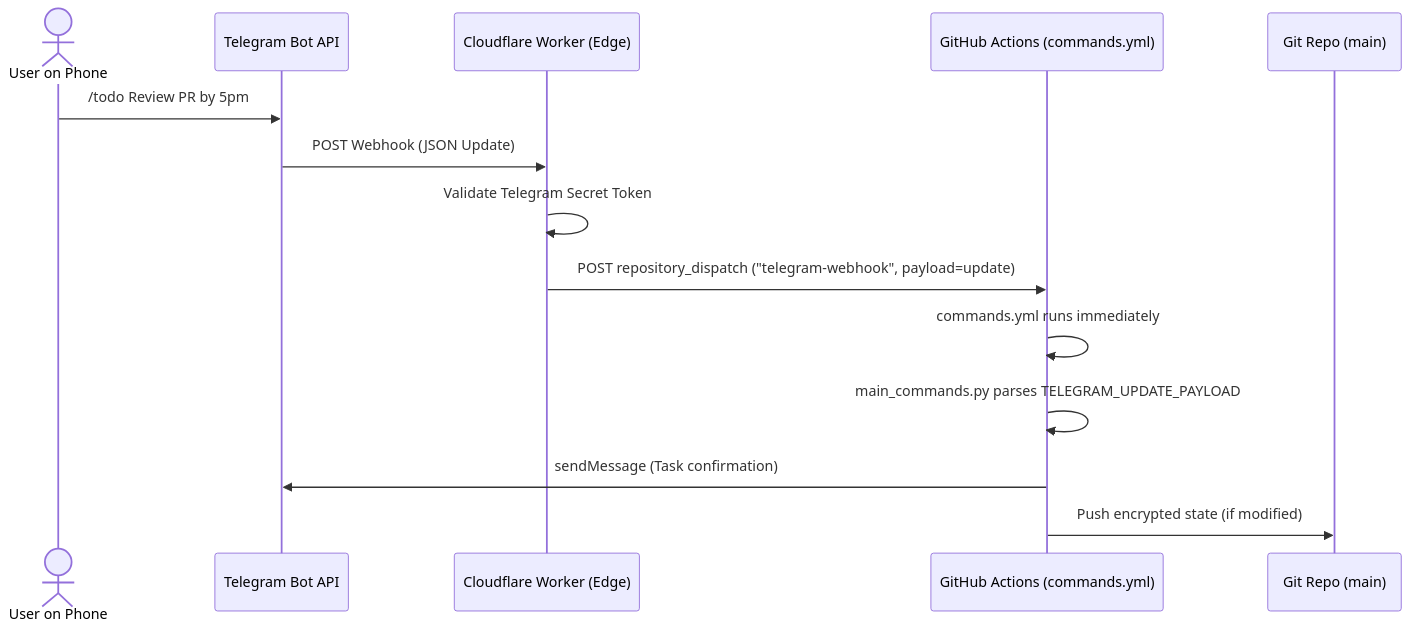
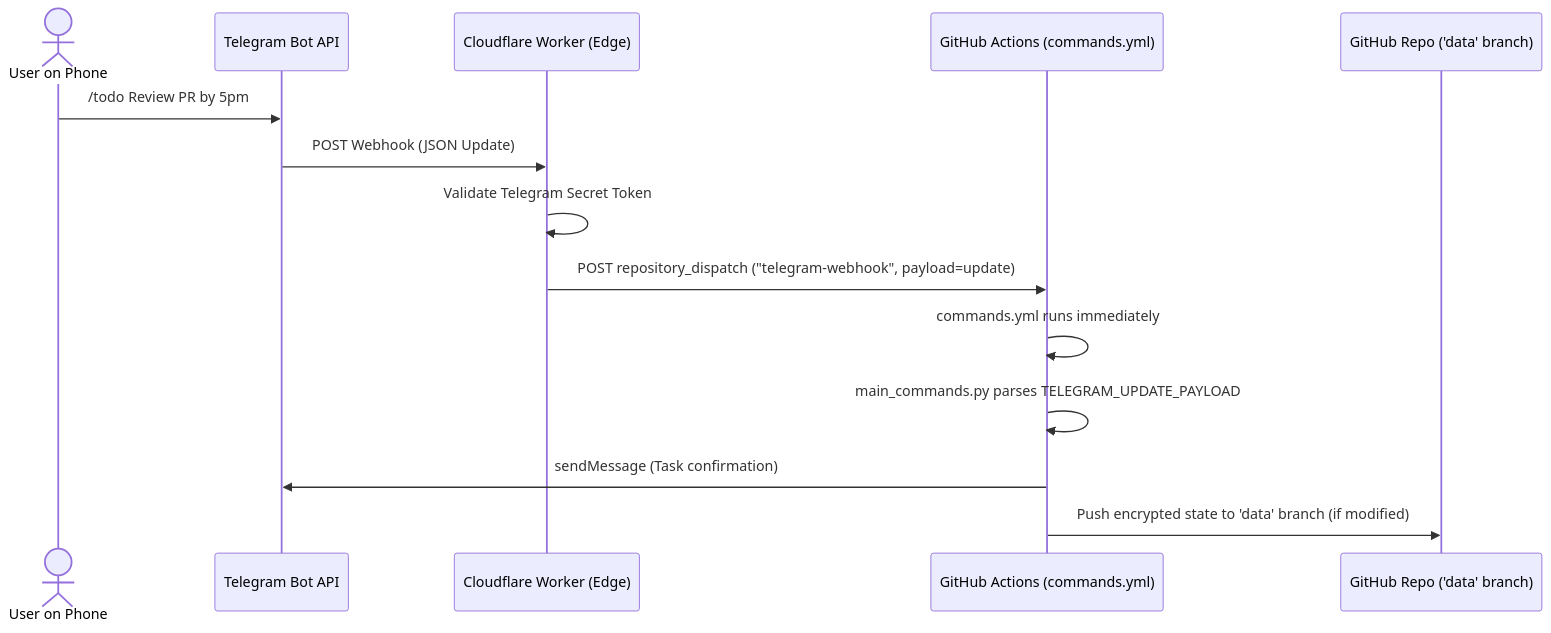
Before and after one commit to joydeepd900/RemNewz: the second of 3 diagrams in Project Docs/Architecture.md, drawn with Mermaid. The commit also changed other lines of this file and 2 other files, not shown here.

Commit message:
fix: align commit target with data branch, include plaintext db in cleanup guide, and enforce strict star threshold

````diff
--- a/Project Docs/Architecture.md
+++ b/Project Docs/Architecture.md
@@ -195,17 +195,17 @@
 ```mermaid
 sequenceDiagram
     actor User as User on Phone
     participant TG as Telegram Bot API
     participant CF as Cloudflare Worker (Edge)
     participant GH as GitHub Actions (commands.yml)
-    participant Git as Git Repo (main)
+    participant Git as GitHub Repo ('data' branch)
 
     User->>TG: /todo Review PR by 5pm
     TG->>CF: POST Webhook (JSON Update)
     CF->>CF: Validate Telegram Secret Token
     CF->>GH: POST repository_dispatch ("telegram-webhook", payload=update)
     GH->>GH: commands.yml runs immediately
     GH->>GH: main_commands.py parses TELEGRAM_UPDATE_PAYLOAD
     GH->>TG: sendMessage (Task confirmation)
-    GH->>Git: Push encrypted state (if modified)
+    GH->>Git: Push encrypted state to 'data' branch (if modified)
 ```
````
